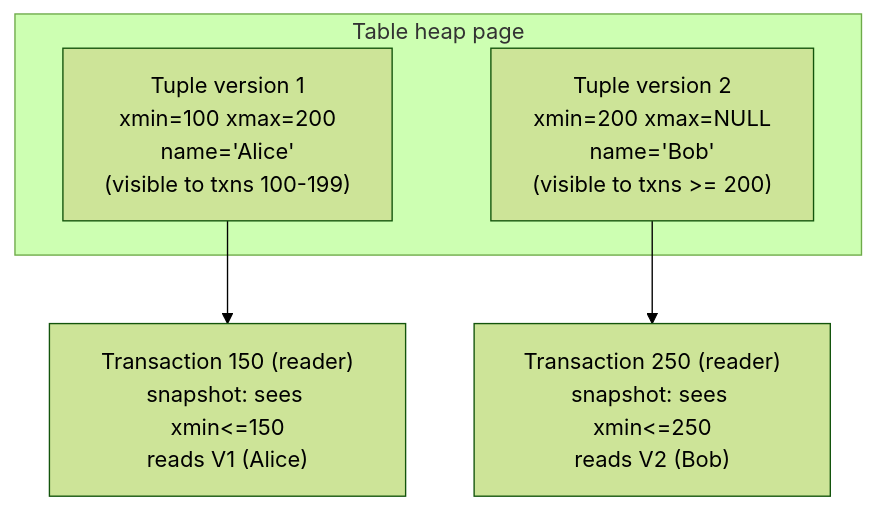
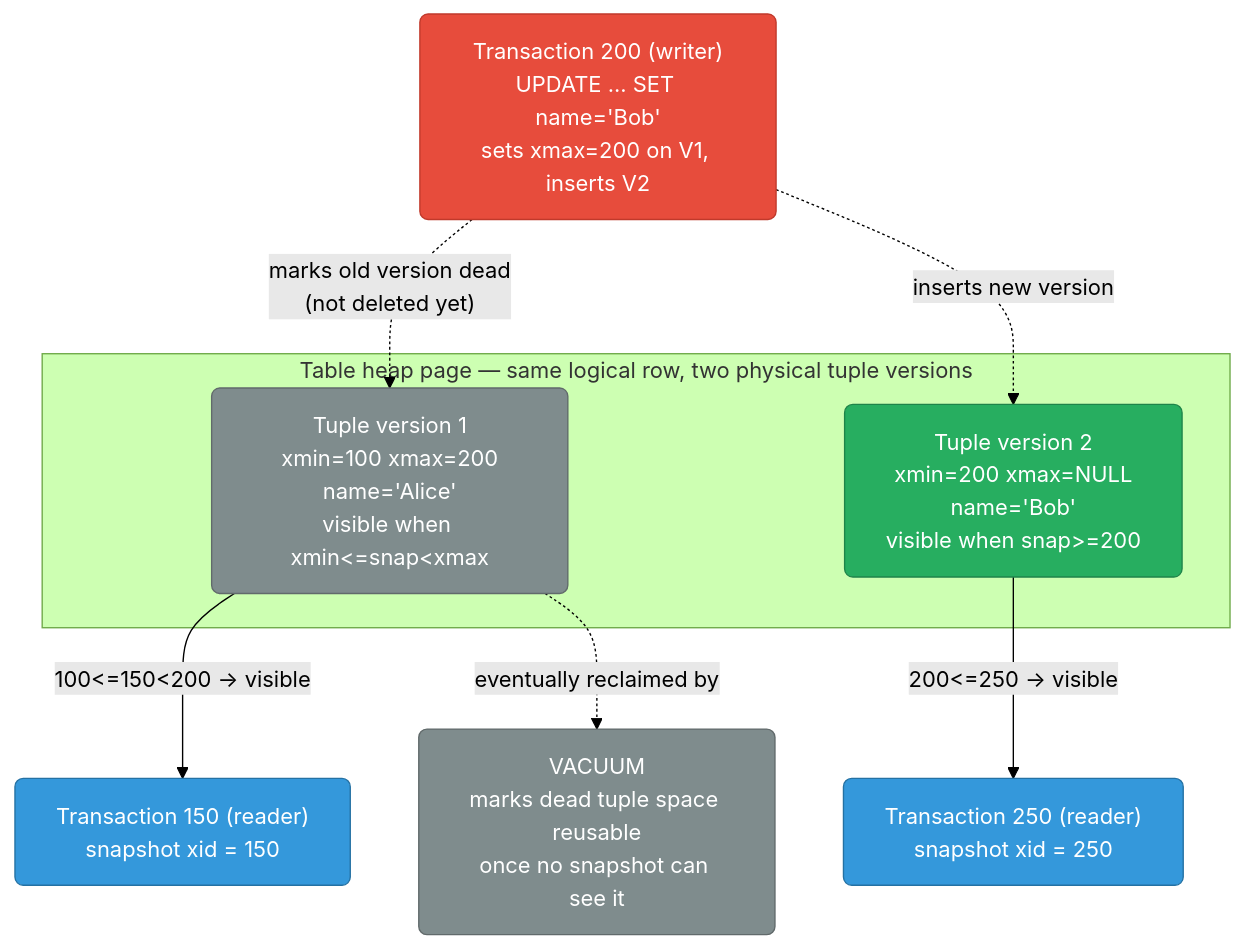
The third of 11 diagrams in databases/postgres-internals.md (deepanshu-rawat6/DevOpsIndex), drawn with Mermaid (forest theme) before and after one commit. The commit also changed other lines of this file and 7 other files, not shown here.

````diff
--- a/databases/postgres-internals.md
+++ b/databases/postgres-internals.md
@@ -68,13 +145,24 @@
 ```mermaid
 graph TD
-    subgraph "Table heap page"
-        V1["Tuple version 1<br>xmin=100 xmax=200<br>name='Alice'<br>(visible to txns 100-199)"]
-        V2["Tuple version 2<br>xmin=200 xmax=NULL<br>name='Bob'<br>(visible to txns >= 200)"]
+    classDef dead fill:#7f8c8d,stroke:#616a6b,color:#fff,rx:6
+    classDef live fill:#27ae60,stroke:#1e8449,color:#fff,rx:6
+    classDef reader fill:#3498db,stroke:#2471a3,color:#fff,rx:6
+    classDef writer fill:#e74c3c,stroke:#c0392b,color:#fff,rx:6
+
+    subgraph HEAP["Table heap page — same logical row, two physical tuple versions"]
+        V1["Tuple version 1<br/>xmin=100 xmax=200<br/>name='Alice'<br/>visible when xmin&lt;=snap&lt;xmax"]:::dead
+        V2["Tuple version 2<br/>xmin=200 xmax=NULL<br/>name='Bob'<br/>visible when snap&gt;=200"]:::live
     end
 
-    TX150["Transaction 150 (reader)<br>snapshot: sees xmin<=150<br>reads V1 (Alice)"]
-    TX250["Transaction 250 (reader)<br>snapshot: sees xmin<=250<br>reads V2 (Bob)"]
+    TX200["Transaction 200 (writer)<br/>UPDATE ... SET name='Bob'<br/>sets xmax=200 on V1, inserts V2"]:::writer
+    TX200 -.->|"marks old version dead<br/>(not deleted yet)"| V1
+    TX200 -.->|"inserts new version"| V2
 
-    V1 --> TX150
-    V2 --> TX250
+    TX150["Transaction 150 (reader)<br/>snapshot xid = 150"]:::reader
+    TX250["Transaction 250 (reader)<br/>snapshot xid = 250"]:::reader
+
+    V1 -->|"100&lt;=150&lt;200 → visible"| TX150
+    V2 -->|"200&lt;=250 → visible"| TX250
+
+    V1 -.->|"eventually reclaimed by"| VACUUM["VACUUM<br/>marks dead tuple space reusable<br/>once no snapshot can see it"]:::dead
 ```
````
